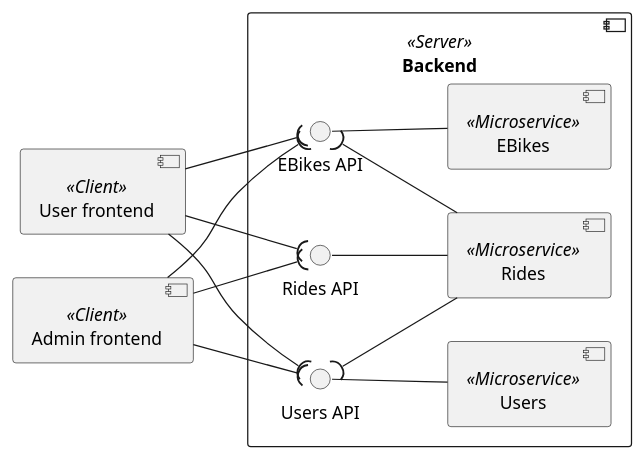
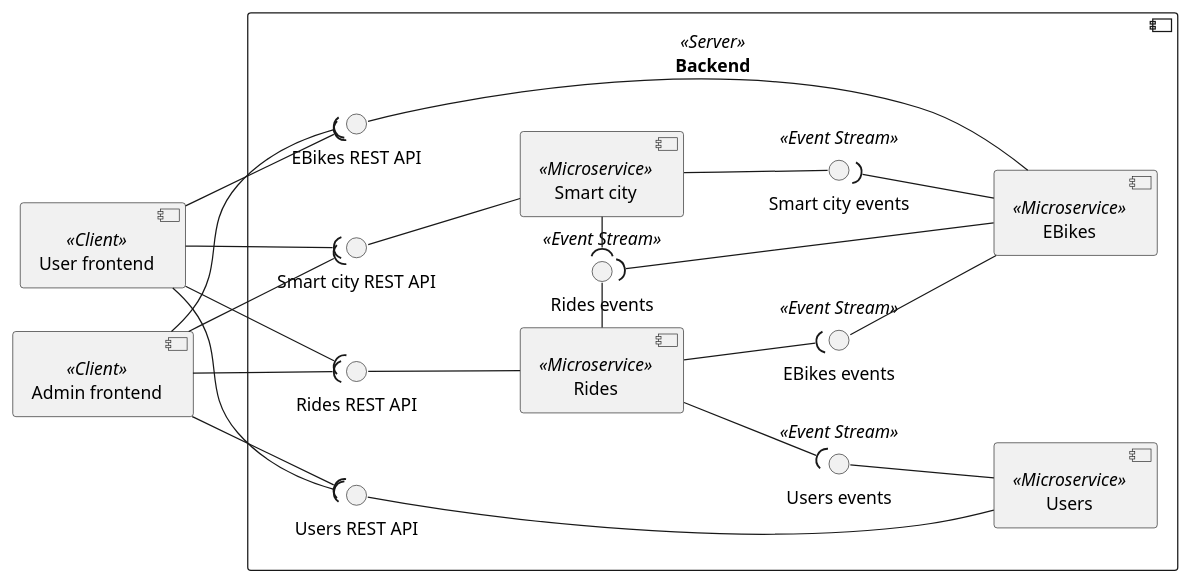
Before and after one commit to Ventus218/SAP-assignment-03: the diagram in doc/diagrams/src/components.puml, drawn with PlantUML. The commit also changed 1 other file, not shown here.

Commit message:
Update components diagram

```diff
--- a/doc/diagrams/src/components.puml
+++ b/doc/diagrams/src/components.puml
@@ -1,35 +1,50 @@
 @startuml components
 
 left to right direction
 
 component "User frontend" as UserFE <<Client>>
 component "Admin frontend" as AdminFE <<Client>>
 
 component Backend <<Server>> {
 
+    component "Smart city" <<Microservice>> as SmartCity
+    interface "Smart city REST API" as SmartCityAPI
+    SmartCity -u-() SmartCityAPI
+    interface "Smart city events" <<Event Stream>> as SmartCityES
+    SmartCity --() SmartCityES
+
     component "EBikes" <<Microservice>> as EBikes
-    interface "EBikes API" as EBikesAPI
+    interface "EBikes REST API" as EBikesAPI
+    EBikes --u--() EBikesAPI
+    interface "EBikes events" <<Event Stream>> as EBikesES
+    EBikes -u-() EBikesES
+    EBikes -u-( SmartCityES
     
     component "Users" <<Microservice>> as Users
-    interface "Users API" as UsersAPI
+    interface "Users REST API" as UsersAPI
+    Users --u--() UsersAPI
+    interface "Users events" <<Event Stream>> as UsersES
+    Users -u-() UsersES
 
     component "Rides" <<Microservice>> as Rides
-    interface "Rides API" as RidesAPI
+    interface "Rides REST API" as RidesAPI
+    Rides -u-() RidesAPI
+    interface "Rides events" <<Event Stream>> as RidesES
+    Rides -r-() RidesES
+    Rides -d-( UsersES
+    Rides -d-( EBikesES
 
-    EBikes -u-() EBikesAPI
-
-    Users -u-() UsersAPI
-
-    Rides -u-() RidesAPI
-    Rides -u-( UsersAPI
-    Rides -u-( EBikesAPI
+    EBikes -u-( RidesES
+    SmartCity -l-( RidesES
 }
 
 UserFE --( RidesAPI
 UserFE --( UsersAPI
 UserFE --( EBikesAPI
+UserFE --( SmartCityAPI
 AdminFE --( RidesAPI
 AdminFE --( UsersAPI
 AdminFE --( EBikesAPI
+AdminFE --( SmartCityAPI
 
 @enduml
```
